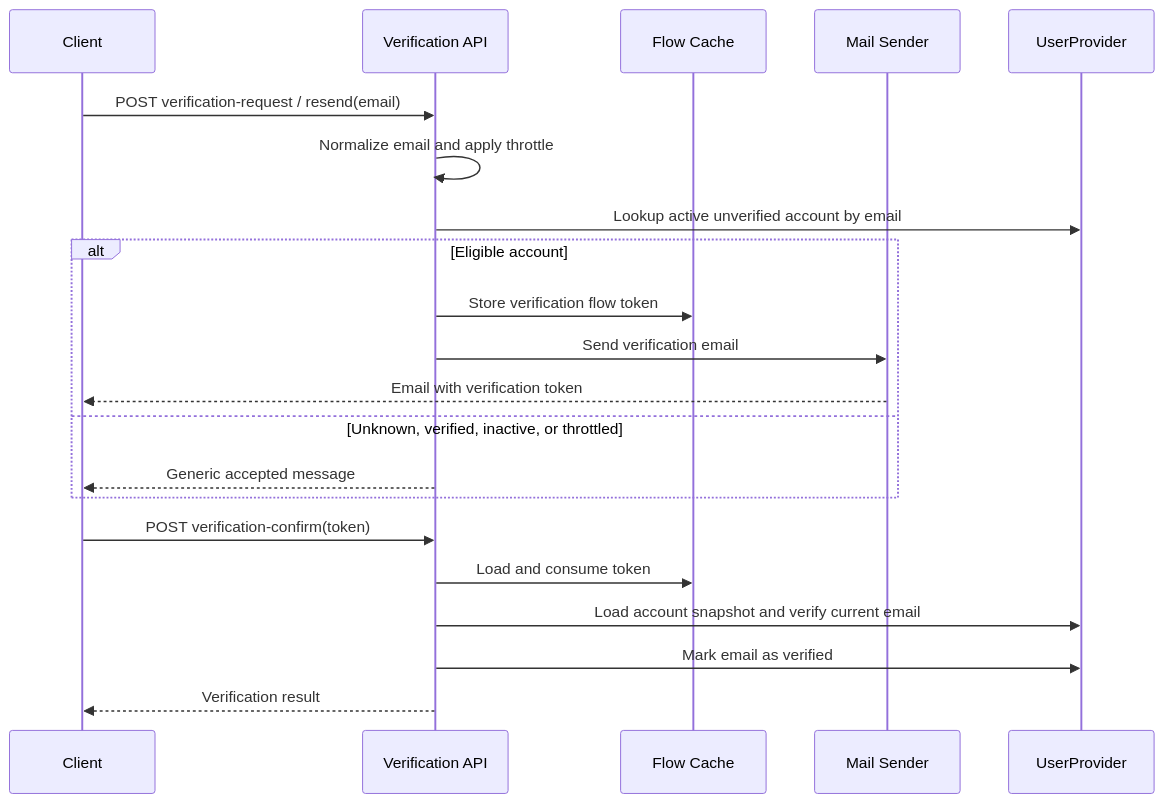
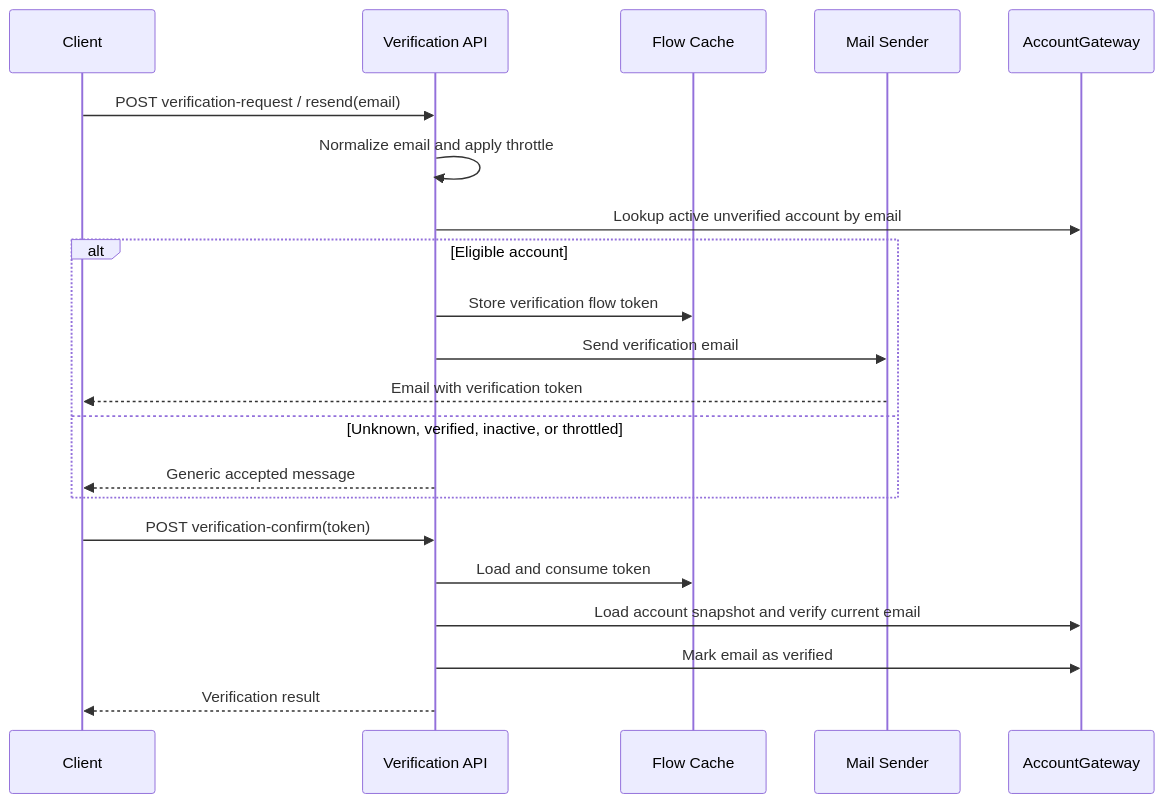
The second of 4 diagrams in module/email/README.md (hydroan/gst), drawn with Mermaid before and after one commit. The commit also changed other lines of this file and 16 other files, not shown here.

Commit message:
refactor(module/email): rename user provider to account gateway

````diff
--- a/module/email/README.md
+++ b/module/email/README.md
@@ -58,24 +58,24 @@
 ```mermaid
 sequenceDiagram
     participant Client
     participant API as Verification API
     participant Cache as Flow Cache
     participant Mail as Mail Sender
-    participant User as UserProvider
+    participant Account as AccountGateway
 
     Client->>API: POST verification-request / resend(email)
     API->>API: Normalize email and apply throttle
-    API->>User: Lookup active unverified account by email
+    API->>Account: Lookup active unverified account by email
     alt Eligible account
         API->>Cache: Store verification flow token
         API->>Mail: Send verification email
         Mail-->>Client: Email with verification token
     else Unknown, verified, inactive, or throttled
         API-->>Client: Generic accepted message
     end
     Client->>API: POST verification-confirm(token)
     API->>Cache: Load and consume token
-    API->>User: Load account snapshot and verify current email
-    API->>User: Mark email as verified
+    API->>Account: Load account snapshot and verify current email
+    API->>Account: Mark email as verified
     API-->>Client: Verification result
 ```
````
